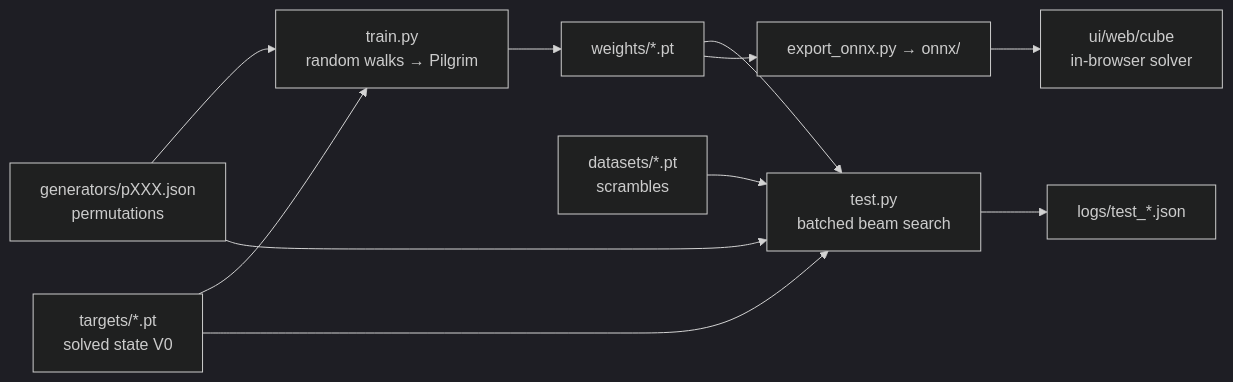
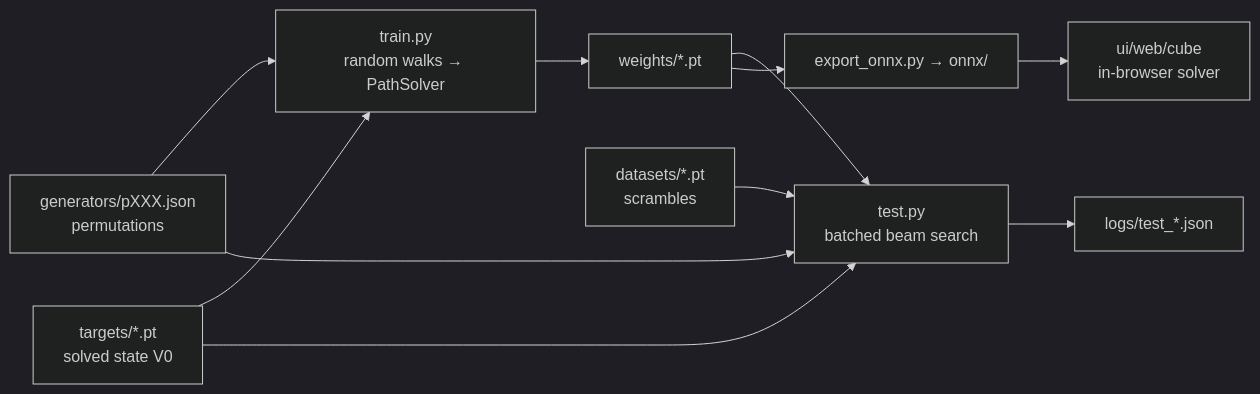
Before and after one commit to vlzm/pathsolver: the diagram in docs/site/content/docs/architecture/_index.md, drawn with Mermaid (dark theme). The commit also changed other lines of this file and 22 other files, not shown here.

First line of the commit message:
Refactor and rename Pilgrim to PathSolver

````diff
--- a/docs/site/content/docs/architecture/_index.md
+++ b/docs/site/content/docs/architecture/_index.md
@@ -15,13 +15,13 @@
 ```mermaid
 flowchart LR
   G[generators/pXXX.json<br/>permutations] --> T
   V[targets/*.pt<br/>solved state V0] --> T
-  T[train.py<br/>random walks → Pilgrim] --> W[weights/*.pt]
+  T[train.py<br/>random walks → PathSolver] --> W[weights/*.pt]
   W --> S[test.py<br/>batched beam search]
   D[datasets/*.pt<br/>scrambles] --> S
   G --> S
   V --> S
   S --> L[logs/test_*.json]
   W --> O[export_onnx.py → onnx/]
   O --> U[ui/web/cube<br/>in-browser solver]
 ```
````
